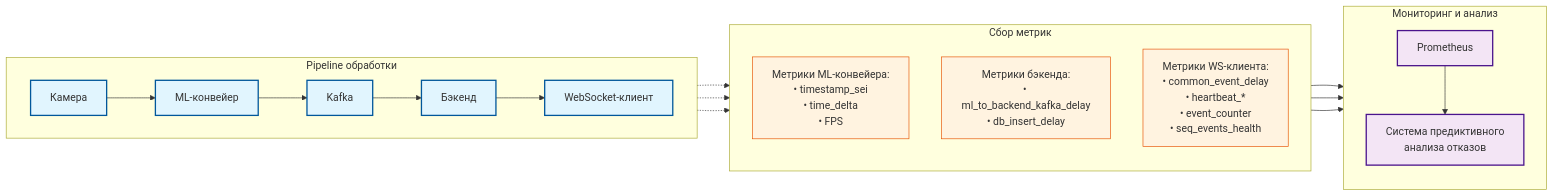
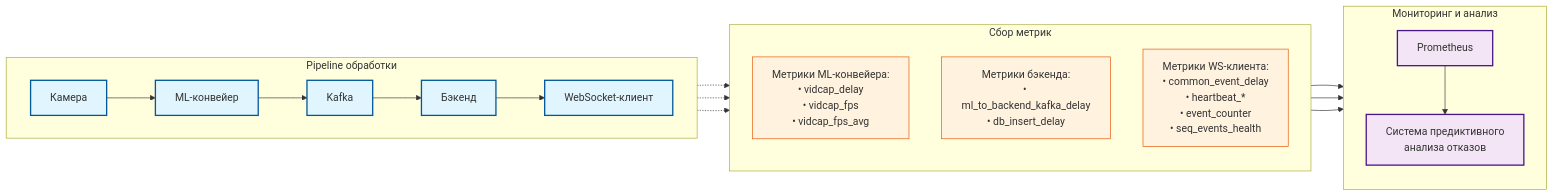
The diagram in figures/chapter1/video_pipeline.mmd (nikborovets/bachelor_thesis), drawn with Mermaid before and after one commit. The commit also changed 3 other files, not shown here.

```diff
--- a/figures/chapter1/video_pipeline.mmd
+++ b/figures/chapter1/video_pipeline.mmd
@@ -1,37 +1,37 @@
 flowchart LR
     %% Pipeline обработки
     subgraph PIPELINE["Pipeline обработки"]
       direction LR
       A[Камера] --> B[ML-конвейер]
       B --> C[Kafka]
       C --> D[Бэкенд]
       D --> E[WebSocket-клиент]
     end
 
     %% Сбор метрик
     subgraph METRICS["Сбор метрик"]
       direction TB
-      B -.-> M1[Метрики ML-конвейера:<br/>• timestamp_sei<br/>• time_delta<br/>• FPS]
+      B -.-> M1[Метрики ML-конвейера:<br/>• vidcap_delay<br/>• vidcap_fps<br/>• vidcap_fps_avg]
       D -.-> M2[Метрики бэкенда:<br/>• ml_to_backend_kafka_delay<br/>• db_insert_delay]
       E -.-> M3[Метрики WS-клиента:<br/>• common_event_delay<br/>• heartbeat_*<br/>• event_counter<br/>• seq_events_health]
     end
 
     %% Мониторинг и анализ
     subgraph SYSTEM["Мониторинг и анализ"]
       direction TB
       P[Prometheus] --> S[Система предиктивного<br/>анализа отказов]
     end
 
     %% Связи метрик с Prometheus
     M1 --> P
     M2 --> P
     M3 --> P
 
     %% Стили
     classDef pipeline fill:#e1f5fe,stroke:#01579b,stroke-width:2px
     classDef metrics  fill:#fff3e0,stroke:#e65100,stroke-width:1px
     classDef system   fill:#f3e5f5,stroke:#4a148c,stroke-width:2px
 
     class A,B,C,D,E pipeline
     class M1,M2,M3 metrics
     class P,S system
```
